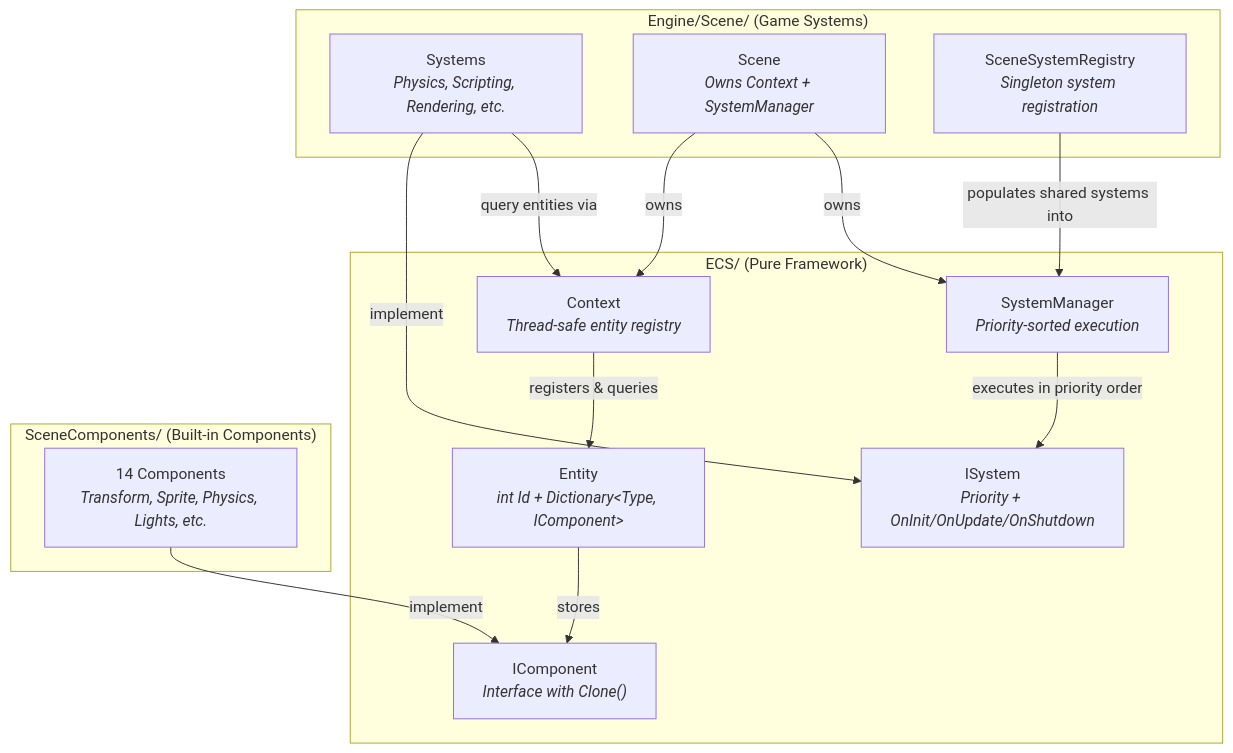
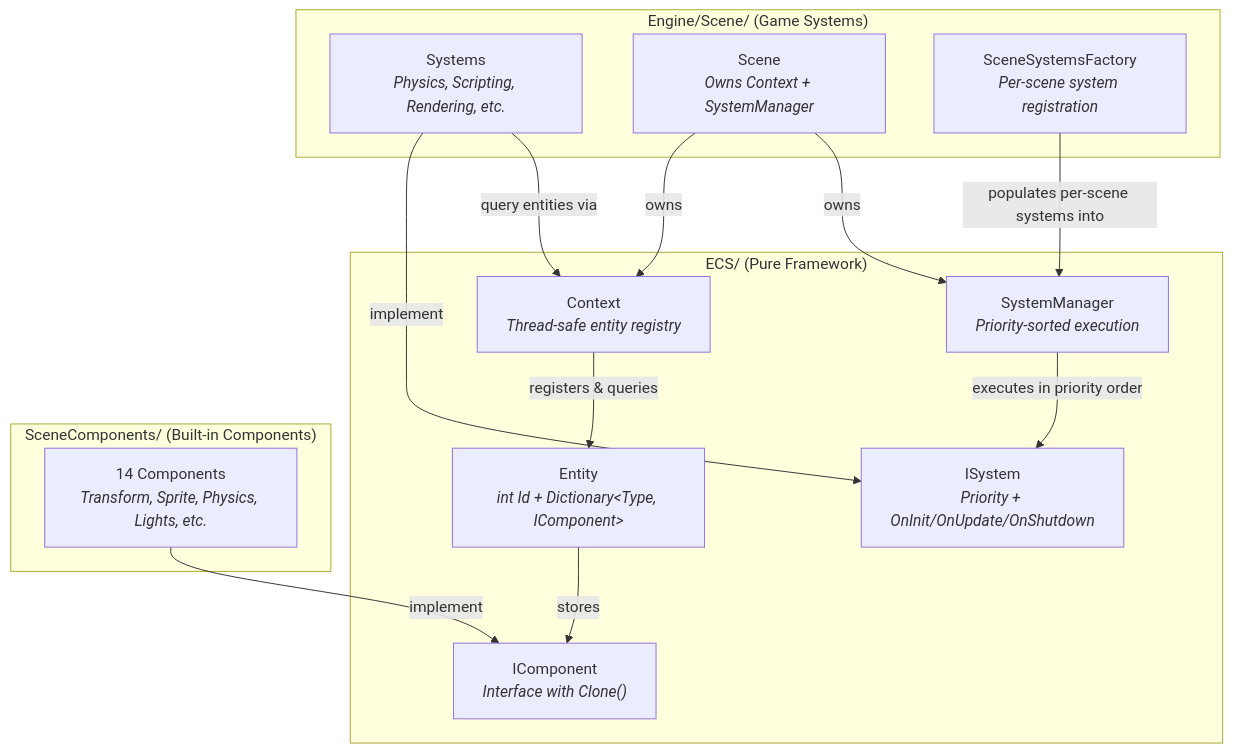
One commit to kateusz/GameEngine changed the first of 5 diagrams in docs/architecture/ecs-architecture.md. Above: the diagram before and after it, drawn with Mermaid. The commit also changed other lines of this file and 14 other files, not shown here.

````diff
--- a/docs/architecture/ecs-architecture.md
+++ b/docs/architecture/ecs-architecture.md
@@ -9,30 +9,30 @@
 ```mermaid
 graph TB
     subgraph "ECS/ (Pure Framework)"
         Entity["Entity<br/><i>int Id + Dictionary&lt;Type, IComponent&gt;</i>"]
         IComponent["IComponent<br/><i>Interface with Clone()</i>"]
         Context["Context<br/><i>Thread-safe entity registry</i>"]
         ISystem["ISystem<br/><i>Priority + OnInit/OnUpdate/OnShutdown</i>"]
         SystemManager["SystemManager<br/><i>Priority-sorted execution</i>"]
     end
 
     subgraph "SceneComponents/ (Built-in Components)"
         Components["14 Components<br/><i>Transform, Sprite, Physics, Lights, etc.</i>"]
     end
 
     subgraph "Engine/Scene/ (Game Systems)"
         Systems["Systems<br/><i>Physics, Scripting, Rendering, etc.</i>"]
         Scene["Scene<br/><i>Owns Context + SystemManager</i>"]
-        SceneSystemRegistry["SceneSystemRegistry<br/><i>Singleton system registration</i>"]
+        SceneSystemsFactory["SceneSystemsFactory<br/><i>Per-scene system registration</i>"]
     end
 
     Entity -->|stores| IComponent
     Context -->|registers & queries| Entity
     SystemManager -->|executes in priority order| ISystem
     Scene -->|owns| Context
     Scene -->|owns| SystemManager
-    SceneSystemRegistry -->|populates shared systems into| SystemManager
+    SceneSystemsFactory -->|populates per-scene systems into| SystemManager
     Components -->|implement| IComponent
     Systems -->|implement| ISystem
     Systems -->|query entities via| Context
 ```
````
